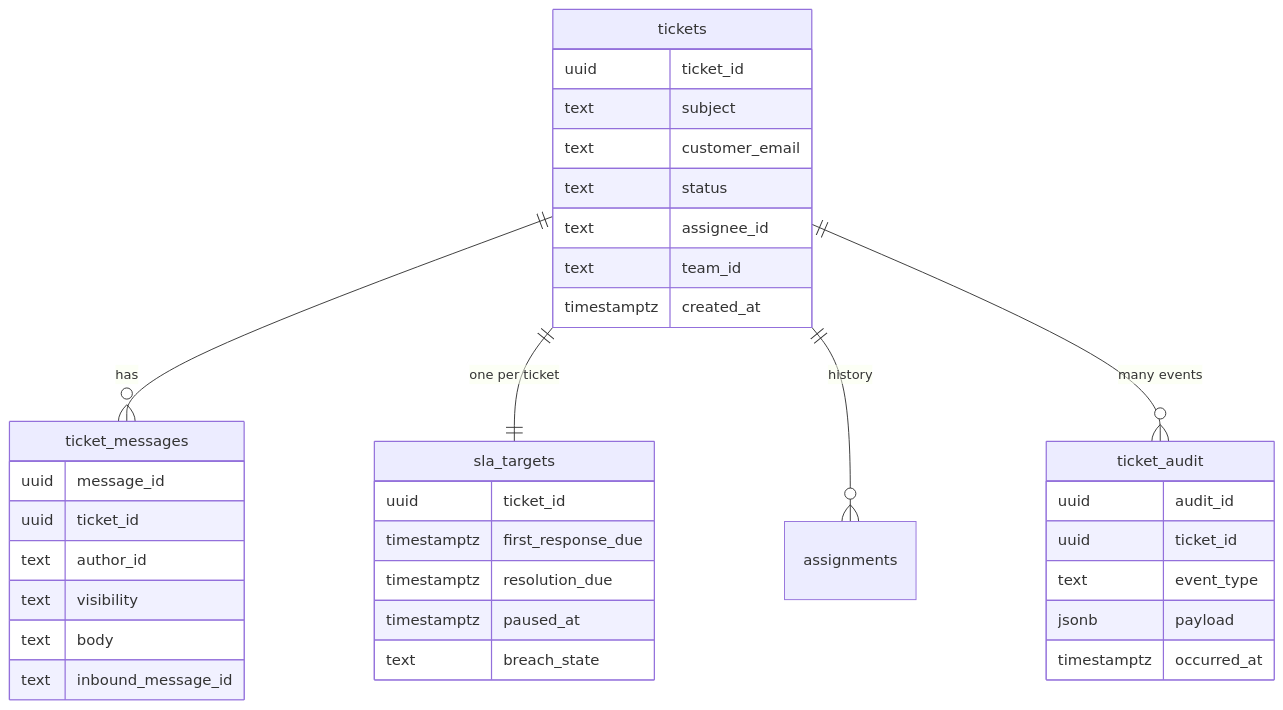
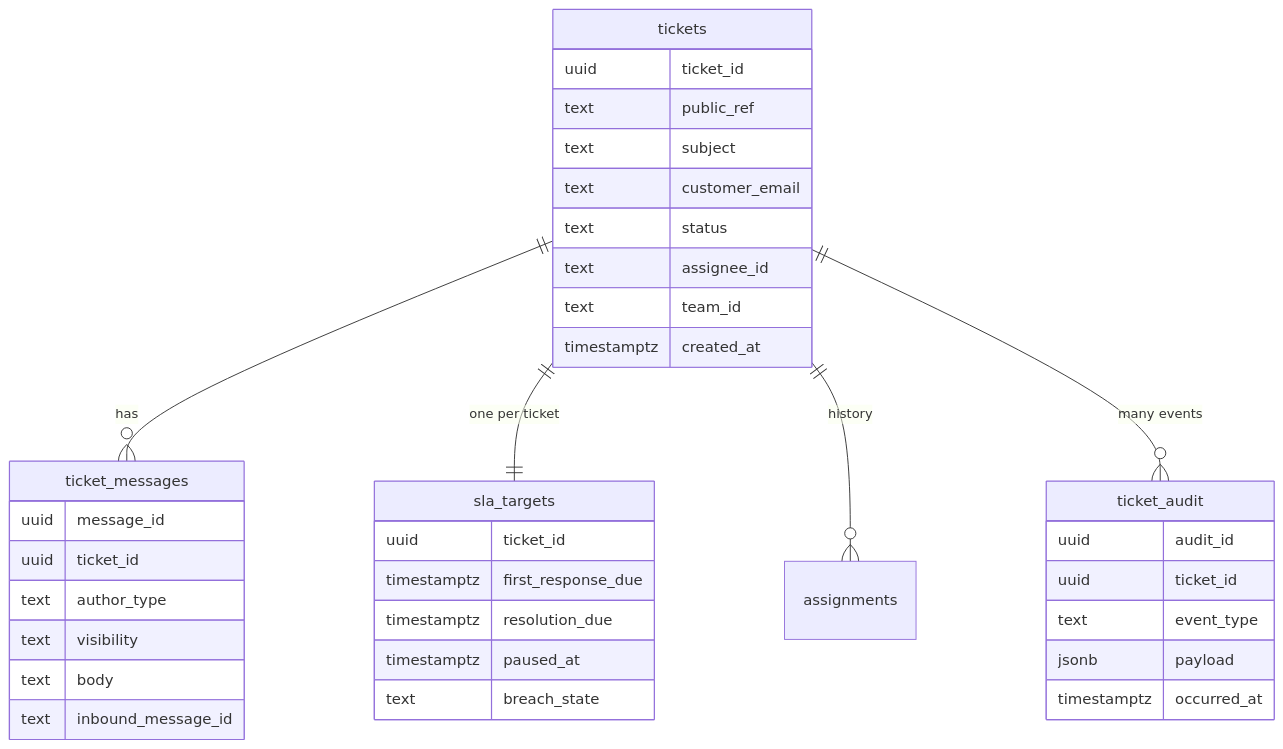
One commit to shiningflash/system-design changed the first of 6 diagrams in problems/019-helpdesk-ticketing/solution.md. Above: the diagram before and after it, drawn with Mermaid. The commit also changed other lines of this file and 37 other files, not shown here.

````diff
--- a/problems/019-helpdesk-ticketing/solution.md
+++ b/problems/019-helpdesk-ticketing/solution.md
@@ -91,39 +92,40 @@
 ```mermaid
 erDiagram
     tickets ||--o{ ticket_messages : has
     tickets ||--|| sla_targets : "one per ticket"
     tickets ||--o{ assignments : history
     tickets ||--o{ ticket_audit : "many events"
 
     tickets {
         uuid ticket_id
+        text public_ref
         text subject
         text customer_email
         text status
         text assignee_id
         text team_id
         timestamptz created_at
     }
     ticket_messages {
         uuid message_id
         uuid ticket_id
-        text author_id
+        text author_type
         text visibility
         text body
         text inbound_message_id
     }
     sla_targets {
         uuid ticket_id
         timestamptz first_response_due
         timestamptz resolution_due
         timestamptz paused_at
         text breach_state
     }
     ticket_audit {
         uuid audit_id
         uuid ticket_id
         text event_type
         jsonb payload
         timestamptz occurred_at
     }
 ```
````
